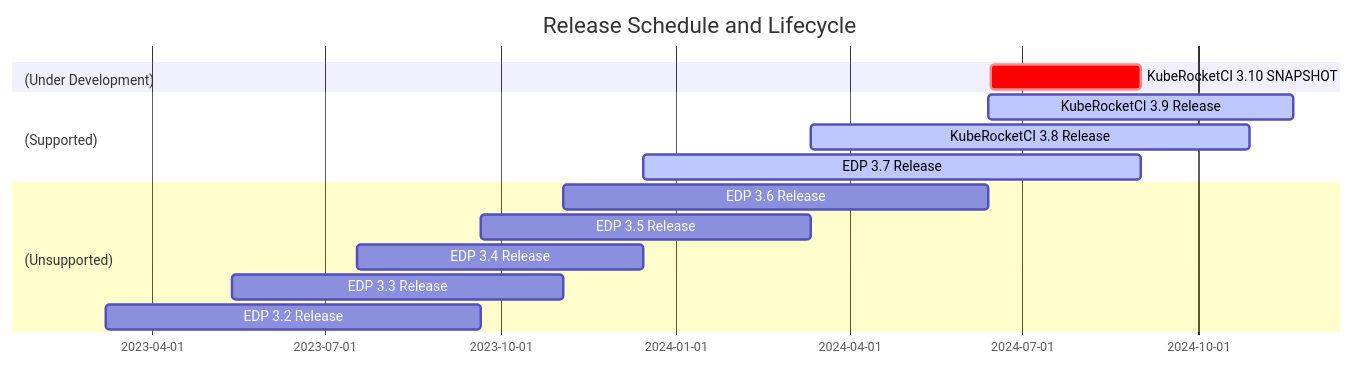
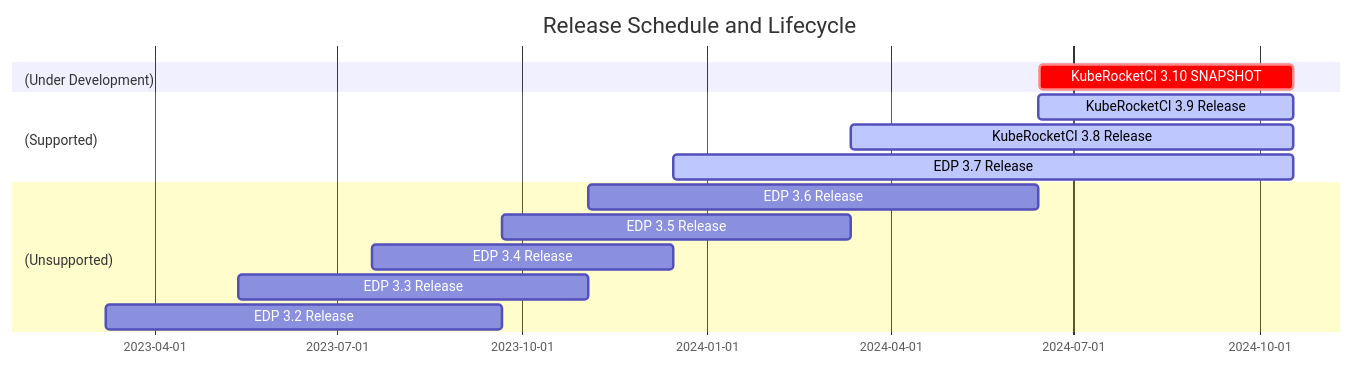
One commit to KubeRocketCI/docs changed the diagram in versioned_docs/version-3.9.0/supported-versions.md. Above: the diagram before and after it, drawn with Mermaid. The commit also changed 7 other files, not shown here.

````diff
--- a/versioned_docs/version-3.9.0/supported-versions.md
+++ b/versioned_docs/version-3.9.0/supported-versions.md
@@ -6,32 +6,32 @@
 ```mermaid
 gantt
     dateFormat  YYYY-MM-DD
     title Release Schedule and Lifecycle
 
     section (Under Development)
-    KubeRocketCI 3.10 SNAPSHOT: crit, r310, 2024-06-14, 2024-09-01
+    KubeRocketCI 3.10 SNAPSHOT: crit, r310, 2024-06-14, 2024-10-18
 
     section (Supported)
-    KubeRocketCI 3.9 Release: active, r39, 2024-06-13, 160d
+    KubeRocketCI 3.9 Release: active, r39, 2024-06-13, 2024-10-18
 
     section (Supported)
-    KubeRocketCI 3.8 Release: active, r38, 2024-03-12, 230d
+    KubeRocketCI 3.8 Release: active, r38, 2024-03-12, 2024-10-18
 
     section (Supported)
-    EDP 3.7 Release: active, r37, 2023-12-15, 2024-09-01
+    EDP 3.7 Release: active, r37, 2023-12-15, 2024-10-18
 
     section (Unsupported)
     EDP 3.6 Release: r36, 2023-11-03, 2024-06-13
 
     section (Unsupported)
     EDP 3.5 Release: r35, 2023-09-21, 2024-03-12
 
     section (Unsupported)
     EDP 3.4 Release: r34, 2023-07-18, 2023-12-15
 
     section (Unsupported)
     EDP 3.3 Release: r33, 2023-05-13, 2023-11-03
 
     section (Unsupported)
     EDP 3.2 Release: r32, 2023-03-08, 2023-09-21
 ```
````
